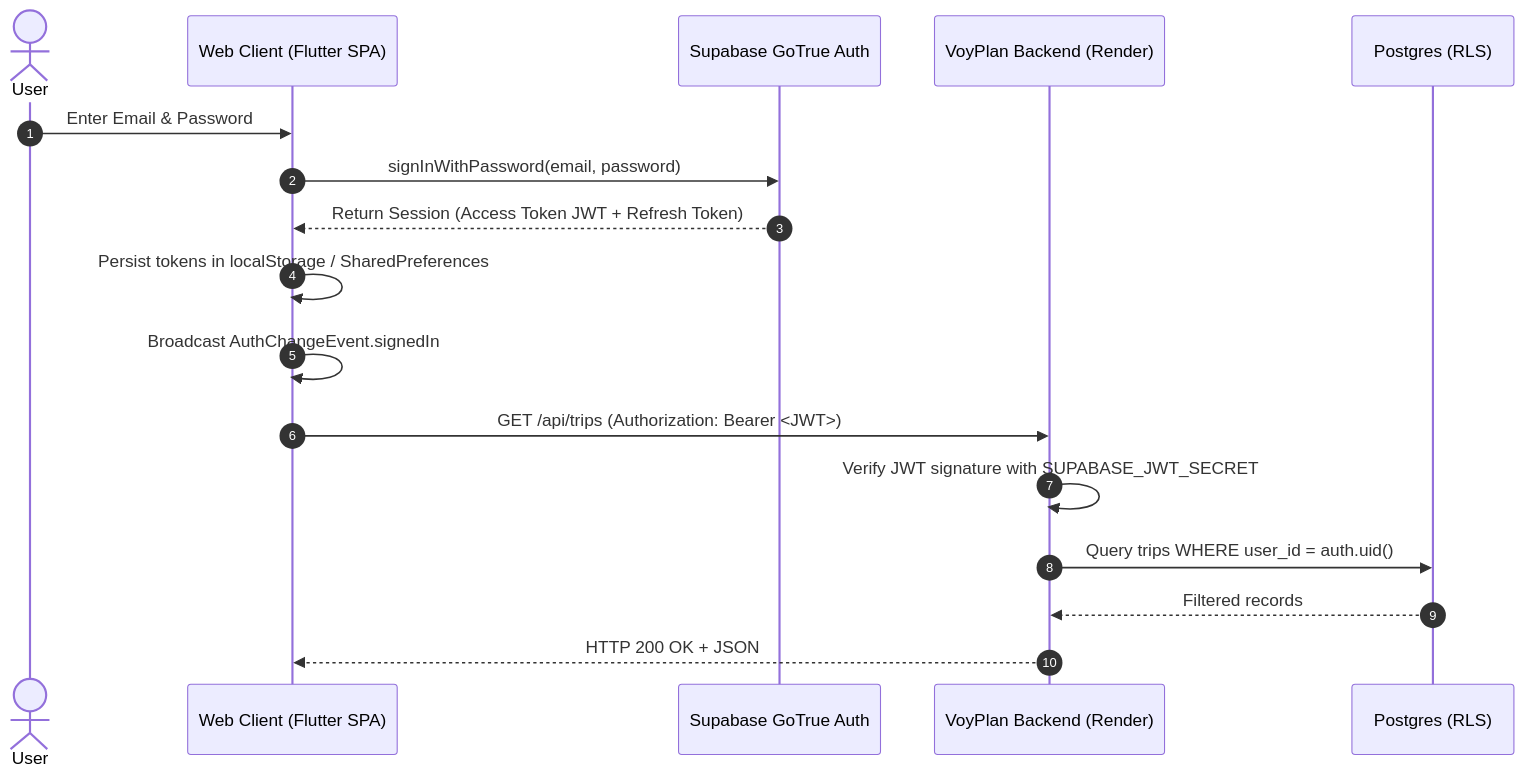
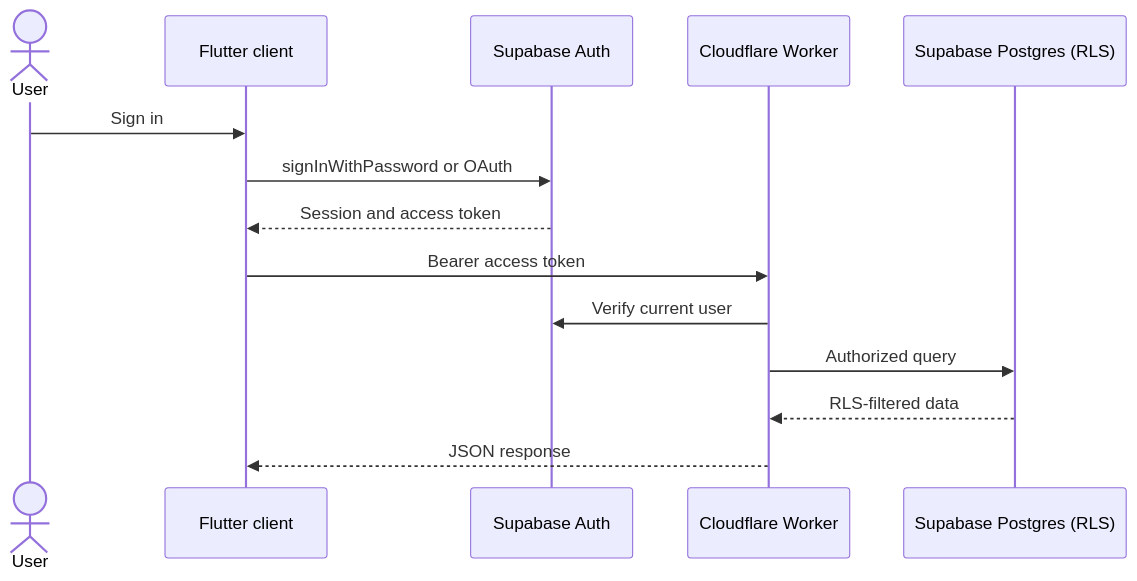
One commit to Gowtham64/Travel-V1 changed the diagram in AUTHENTICATION.md. Above: the diagram before and after it, drawn with Mermaid. The commit also changed other lines of this file and 37 other files, not shown here.

````diff
--- a/AUTHENTICATION.md
+++ b/AUTHENTICATION.md
@@ -7,20 +5,17 @@
 ```mermaid
 sequenceDiagram
-    autonumber
     actor User
-    participant Browser as Web Client (Flutter SPA)
-    participant SupaAuth as Supabase GoTrue Auth
-    participant API as VoyPlan Backend (Render)
-    participant DB as Postgres (RLS)
+    participant Client as Flutter client
+    participant Auth as Supabase Auth
+    participant API as Cloudflare Worker
+    participant DB as Supabase Postgres (RLS)
 
-    User->>Browser: Enter Email & Password
-    Browser->>SupaAuth: signInWithPassword(email, password)
-    SupaAuth-->>Browser: Return Session (Access Token JWT + Refresh Token)
-    Browser->>Browser: Persist tokens in localStorage / SharedPreferences
-    Browser->>Browser: Broadcast AuthChangeEvent.signedIn
-    Browser->>API: GET /api/trips (Authorization: Bearer <JWT>)
-    API->>API: Verify JWT signature with SUPABASE_JWT_SECRET
-    API->>DB: Query trips WHERE user_id = auth.uid()
-    DB-->>API: Filtered records
-    API-->>Browser: HTTP 200 OK + JSON
+    User->>Client: Sign in
+    Client->>Auth: signInWithPassword or OAuth
+    Auth-->>Client: Session and access token
+    Client->>API: Bearer access token
+    API->>Auth: Verify current user
+    API->>DB: Authorized query
+    DB-->>API: RLS-filtered data
+    API-->>Client: JSON response
 ```
````
